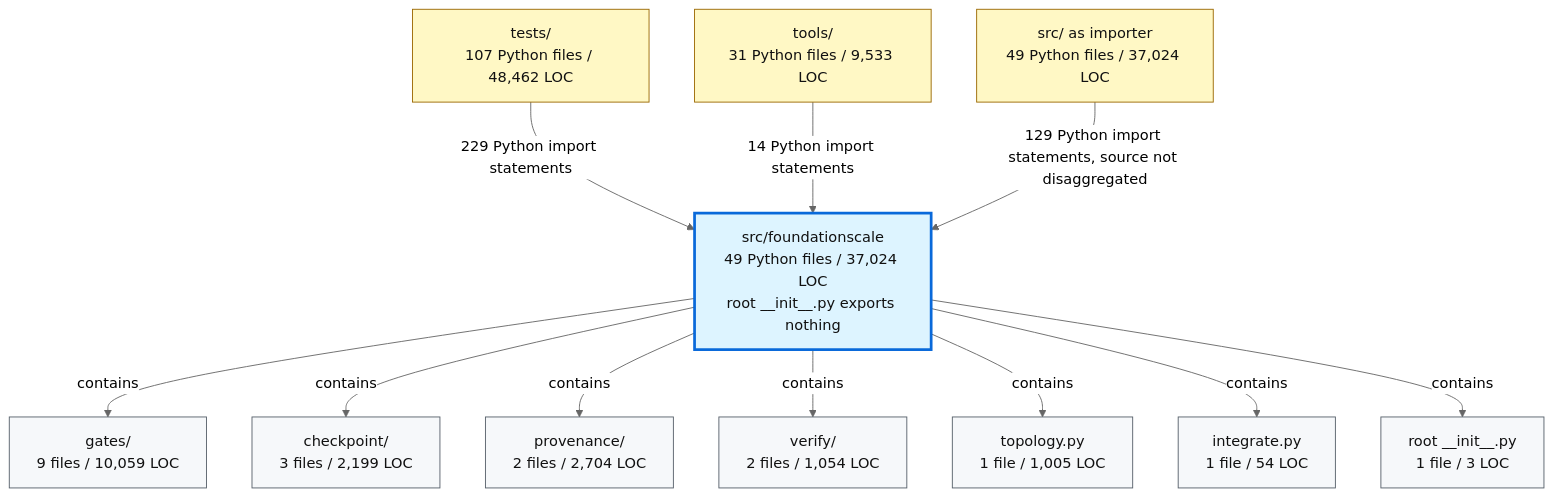
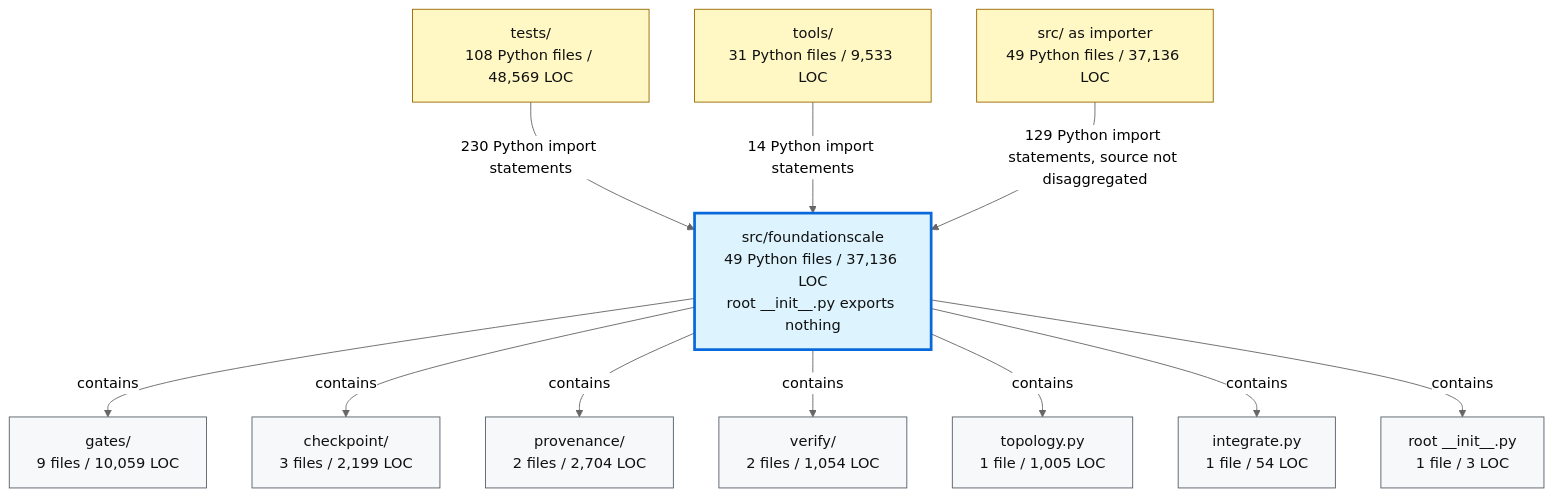
One commit to TranNhiem/FoundationScale changed the second of 2 diagrams in docs/review/D2_current_architecture.md. Above: the diagram before and after it, drawn with Mermaid (neutral theme). The commit also changed other lines of this file and 13 other files, not shown here.

````diff
--- a/docs/review/D2_current_architecture.md
+++ b/docs/review/D2_current_architecture.md
@@ -97,36 +97,36 @@
 ```mermaid
 flowchart TB
-  TESTS["tests/<br/>107 Python files / 48,462 LOC"]
+  TESTS["tests/<br/>108 Python files / 48,569 LOC"]
   TOOLS["tools/<br/>31 Python files / 9,533 LOC"]
-  SRC["src/ as importer<br/>49 Python files / 37,024 LOC"]
+  SRC["src/ as importer<br/>49 Python files / 37,136 LOC"]
 
-  FS["src/foundationscale<br/>49 Python files / 37,024 LOC<br/>root __init__.py exports nothing"]
+  FS["src/foundationscale<br/>49 Python files / 37,136 LOC<br/>root __init__.py exports nothing"]
 
   GATES["gates/<br/>9 files / 10,059 LOC"]
   CKPT["checkpoint/<br/>3 files / 2,199 LOC"]
   PROV["provenance/<br/>2 files / 2,704 LOC"]
   VERIFY["verify/<br/>2 files / 1,054 LOC"]
   TOPO["topology.py<br/>1 file / 1,005 LOC"]
   INTEG["integrate.py<br/>1 file / 54 LOC"]
   ROOT["root __init__.py<br/>1 file / 3 LOC"]
 
-  TESTS -->|"229 Python import statements"| FS
+  TESTS -->|"230 Python import statements"| FS
   TOOLS -->|"14 Python import statements"| FS
   SRC -->|"129 Python import statements, source not disaggregated"| FS
 
   FS -->|"contains"| GATES
   FS -->|"contains"| CKPT
   FS -->|"contains"| PROV
   FS -->|"contains"| VERIFY
   FS -->|"contains"| TOPO
   FS -->|"contains"| INTEG
   FS -->|"contains"| ROOT
 
   classDef consumer fill:#fff8c5,stroke:#9a6700,color:#111;
   classDef package fill:#ddf4ff,stroke:#0969da,stroke-width:3px,color:#111;
   classDef module fill:#f6f8fa,stroke:#57606a,color:#111;
 
   class TESTS,TOOLS,SRC consumer;
   class FS package;
   class GATES,CKPT,PROV,VERIFY,TOPO,INTEG,ROOT module;
 ```
````
